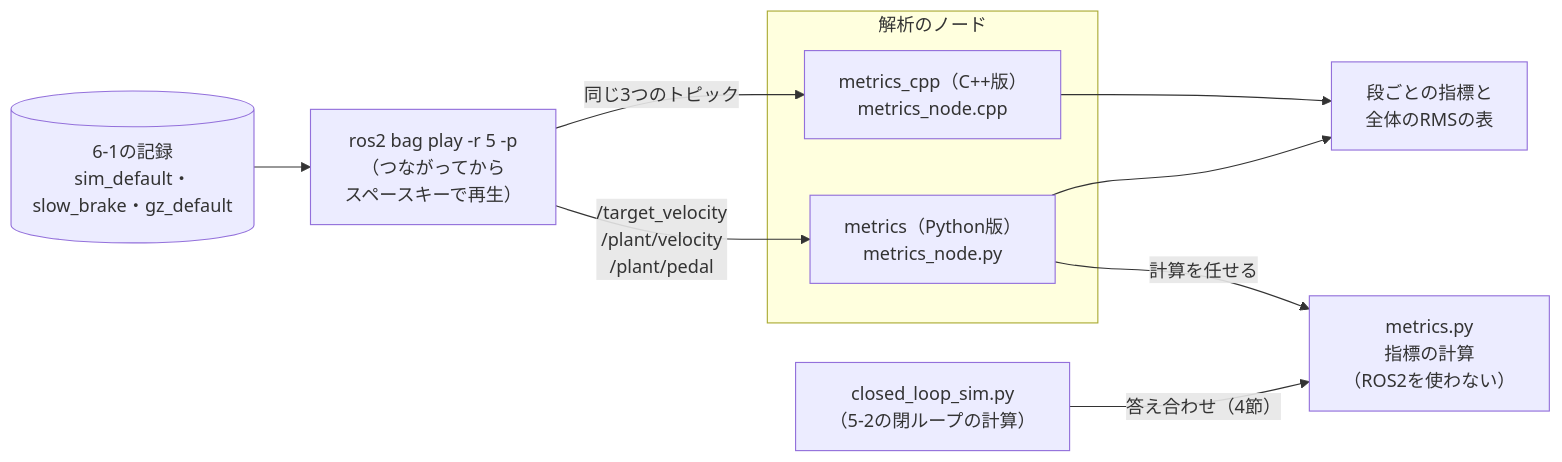
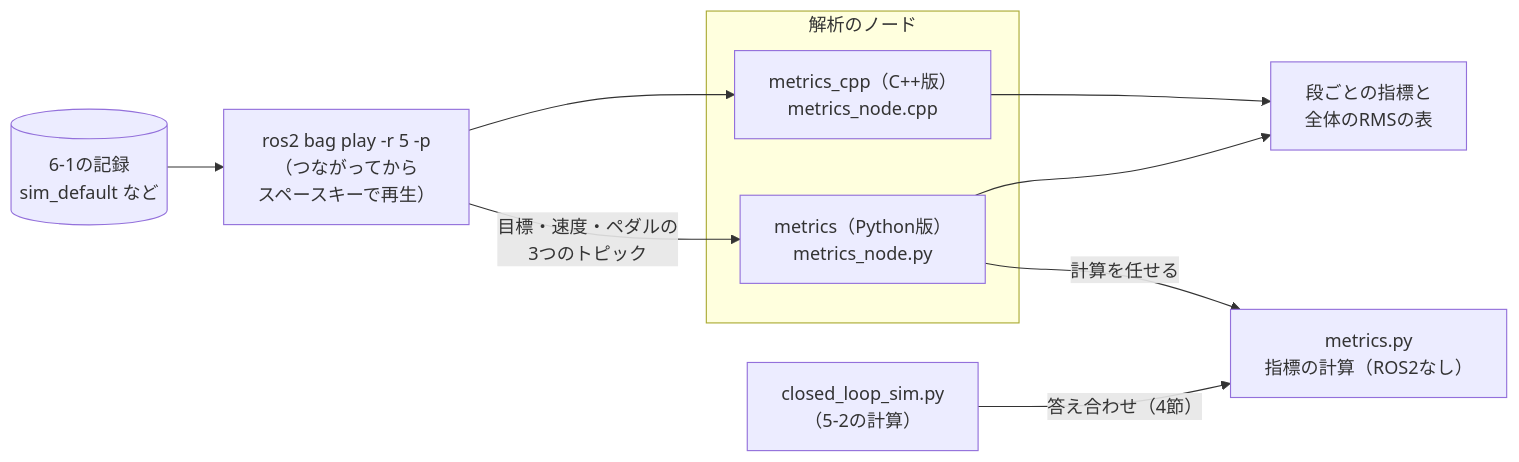
One commit to SanghunIm1991/ros2MinimalPhysicalAi changed the diagram in docs/phase6_3_metrics.md. Above: the diagram before and after it, drawn with Mermaid. The commit also changed other lines of this file and 3 other files, not shown here.

Commit message:
[claude] フェーズ6-3のセッションレビューの指摘（中2・軽微11）に対応（C++版にevaluateを切り出してPython版と再照合、8-3節のsource、1サンプル違い・止まりにくい・Countの出どころ等の記述の修正、つまずきの追加、図と文言の統一）し、CLAUDE.mdの棚卸しの一覧に6-1〜6-3のログの時刻を追加

````diff
--- a/docs/phase6_3_metrics.md
+++ b/docs/phase6_3_metrics.md
@@ -32,19 +32,19 @@
 ```mermaid
 flowchart LR
-    BAG[("6-1の記録<br/>sim_default・slow_brake・gz_default")]
+    BAG[("6-1の記録<br/>sim_default など")]
     P["ros2 bag play -r 5 -p<br/>（つながってから<br/>スペースキーで再生）"]
     subgraph N["解析のノード"]
         PY["metrics（Python版）<br/>metrics_node.py"]
         CPP["metrics_cpp（C++版）<br/>metrics_node.cpp"]
     end
-    M["metrics.py<br/>指標の計算<br/>（ROS2を使わない）"]
-    SIM["closed_loop_sim.py<br/>（5-2の閉ループの計算）"]
+    M["metrics.py<br/>指標の計算（ROS2なし）"]
+    SIM["closed_loop_sim.py<br/>（5-2の計算）"]
     T["段ごとの指標と<br/>全体のRMSの表"]
     BAG --> P
-    P -- "/target_velocity<br/>/plant/velocity<br/>/plant/pedal" --> PY
-    P -- "同じ3つのトピック" --> CPP
+    P -- "目標・速度・ペダルの<br/>3つのトピック" --> PY
+    P --> CPP
     PY -- "計算を任せる" --> M
     SIM -- "答え合わせ（4節）" --> M
     PY --> T
     CPP --> T
 ```
````
